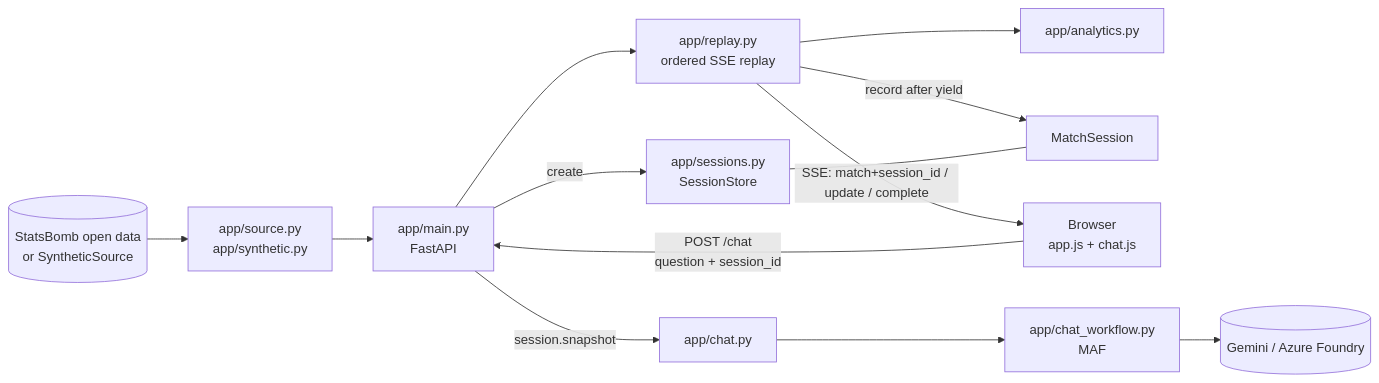
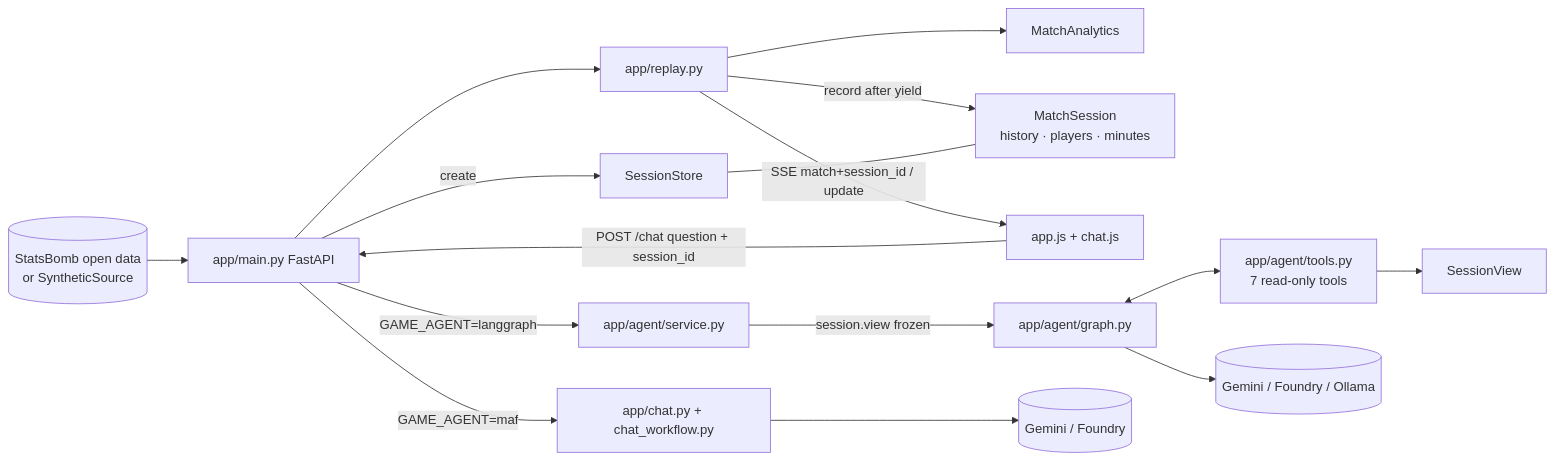
The first of 2 diagrams in docs/architecture.md (fouratrachid/Inside-the-Game-Hackathon), drawn with Mermaid before and after one commit. The commit also changed other lines of this file and 40 other files, not shown here.

First line of the commit message:
Phase 2: LangGraph agent that chooses its own tools

````diff
--- a/docs/architecture.md
+++ b/docs/architecture.md
@@ -7,15 +7,17 @@
 ```mermaid
 flowchart LR
-    SB[(StatsBomb open data<br/>or SyntheticSource)] --> Source[app/source.py<br/>app/synthetic.py]
-    Source --> Main[app/main.py<br/>FastAPI]
-    Main -->|create| Store[app/sessions.py<br/>SessionStore]
-    Main --> Replay[app/replay.py<br/>ordered SSE replay]
-    Replay --> Analytics[app/analytics.py]
-    Replay -->|record after yield| Session[MatchSession]
+    SB[(StatsBomb open data<br/>or SyntheticSource)] --> Main[app/main.py FastAPI]
+    Main -->|create| Store[SessionStore]
+    Main --> Replay[app/replay.py]
+    Replay --> Analytics[MatchAnalytics]
+    Replay -->|record after yield| Session[MatchSession<br/>history · players · minutes]
     Store --- Session
-    Replay -->|SSE: match+session_id / update / complete| Browser[Browser<br/>app.js + chat.js]
-    Browser -->|POST /chat<br/>question + session_id| Main
-    Main -->|session.snapshot| Chat[app/chat.py]
-    Chat --> Workflow[app/chat_workflow.py<br/>MAF]
-    Workflow --> LLM[(Gemini / Azure Foundry)]
+    Replay -->|SSE match+session_id / update| Browser[app.js + chat.js]
+    Browser -->|POST /chat question + session_id| Main
+    Main -->|GAME_AGENT=langgraph| Agent[app/agent/service.py]
+    Agent -->|session.view frozen| Graph[app/agent/graph.py]
+    Graph <--> Tools[app/agent/tools.py<br/>7 read-only tools]
+    Tools --> View[SessionView]
+    Graph --> LLM[(Gemini / Foundry / Ollama)]
+    Main -->|GAME_AGENT=maf| MAF[app/chat.py + chat_workflow.py] --> LLM2[(Gemini / Foundry)]
 ```
````
